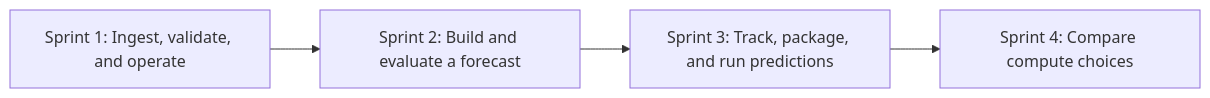
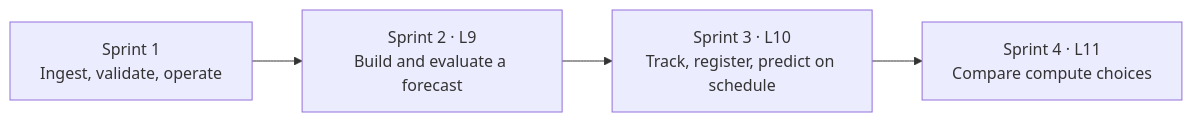
The first of 2 diagrams in docs/ROADMAP.md (soloshun/market-data-ml-pipeline), drawn with Mermaid before and after one commit. The commit also changed other lines of this file, not shown here.

First line of the commit message:
docs(roadmap): detail Lectures 9 to 11

````diff
--- a/docs/ROADMAP.md
+++ b/docs/ROADMAP.md
@@ -7,6 +16,6 @@
 ```mermaid
 flowchart LR
-    A["Sprint 1: Ingest, validate, and operate"] --> B["Sprint 2: Build and evaluate a forecast"]
-    B --> C["Sprint 3: Track, package, and run predictions"]
-    C --> D["Sprint 4: Compare compute choices"]
+    A["Sprint 1<br/>Ingest, validate, operate"] --> B["Sprint 2 · L9<br/>Build and evaluate a forecast"]
+    B --> C["Sprint 3 · L10<br/>Track, register, predict on schedule"]
+    C --> D["Sprint 4 · L11<br/>Compare compute choices"]
 ```
````
